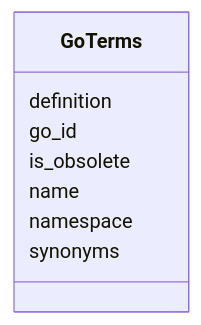
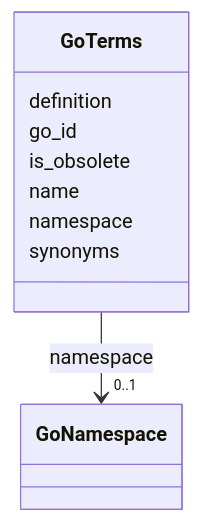
Before and after one commit to cmungall/bridge-schemas: the diagram in docs/kbase/nmdc_core/GoTerms.md, drawn with Mermaid. The commit also changed other lines of this file and 1727 other files, not shown here.

````diff
--- a/docs/kbase/nmdc_core/GoTerms.md
+++ b/docs/kbase/nmdc_core/GoTerms.md
@@ -18,18 +26,27 @@
 ```mermaid
  classDiagram
     class GoTerms
     click GoTerms href "../GoTerms/"
       GoTerms : definition
         
       GoTerms : go_id
         
       GoTerms : is_obsolete
         
       GoTerms : name
         
       GoTerms : namespace
         
+          
+    
+        
+        
+        GoTerms --> "0..1" GoNamespace : namespace
+        click GoNamespace href "../GoNamespace/"
+    
+
+        
       GoTerms : synonyms
         
       
 ```
````
